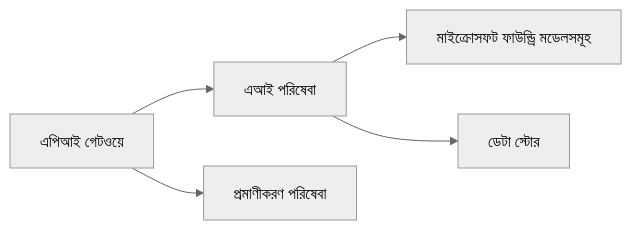
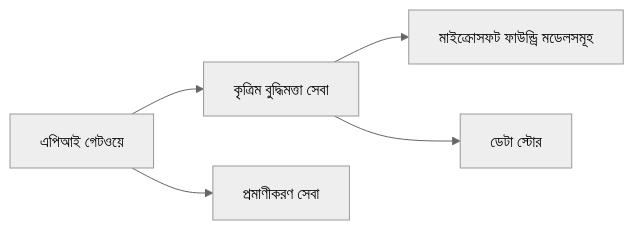
Before and after one commit to microsoft/AZD-for-beginners: the first of 2 diagrams in translations/bn/docs/chapter-08-production/README.md, drawn with Mermaid (neutral theme). The commit also changed other lines of this file and 104 other files, not shown here.

````diff
--- a/translations/bn/docs/chapter-08-production/README.md
+++ b/translations/bn/docs/chapter-08-production/README.md
@@ -48,6 +48,6 @@
 ```mermaid
 graph LR
-    Gateway[এপিআই গেটওয়ে] --> AI[এআই পরিষেবা] --> Models[মাইক্রোসফট ফাউন্ড্রি মডেলসমূহ]
-    Gateway --> Auth[প্রমাণীকরণ পরিষেবা]
+    Gateway[এপিআই গেটওয়ে] --> AI[কৃত্রিম বুদ্ধিমত্তা সেবা] --> Models[মাইক্রোসফট ফাউন্ড্রি মডেলসমূহ]
+    Gateway --> Auth[প্রমাণীকরণ সেবা]
     AI --> Data[ডেটা স্টোর]
 ```
````
